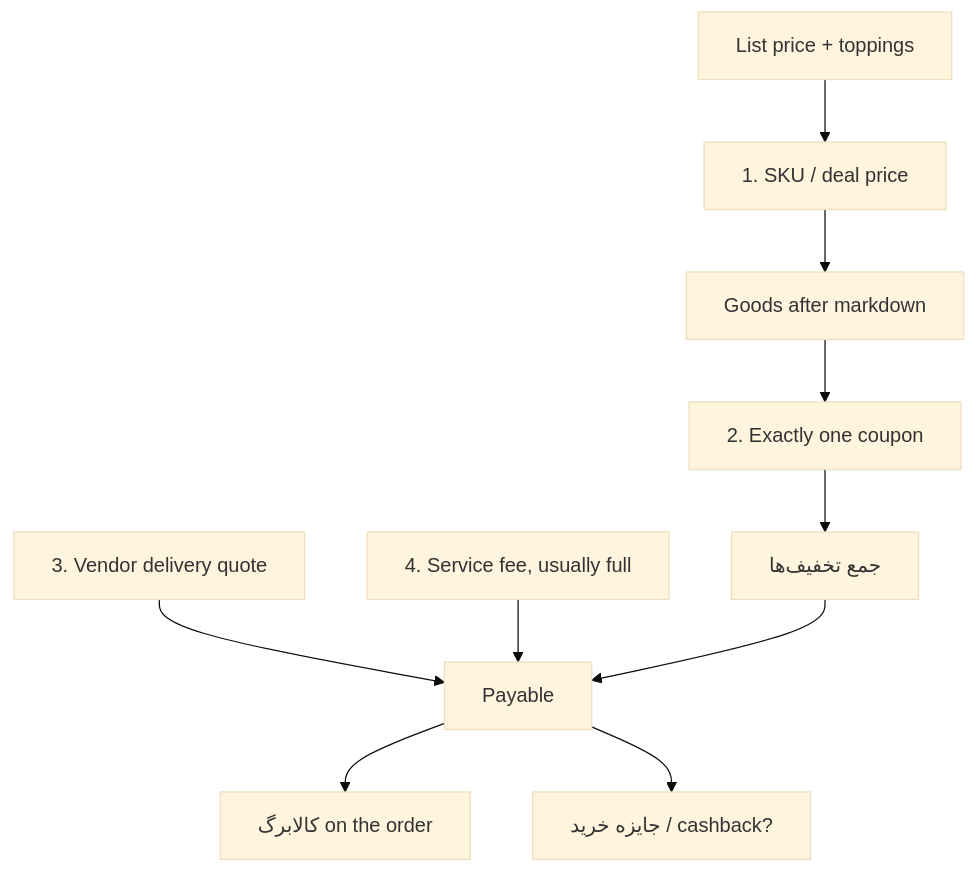
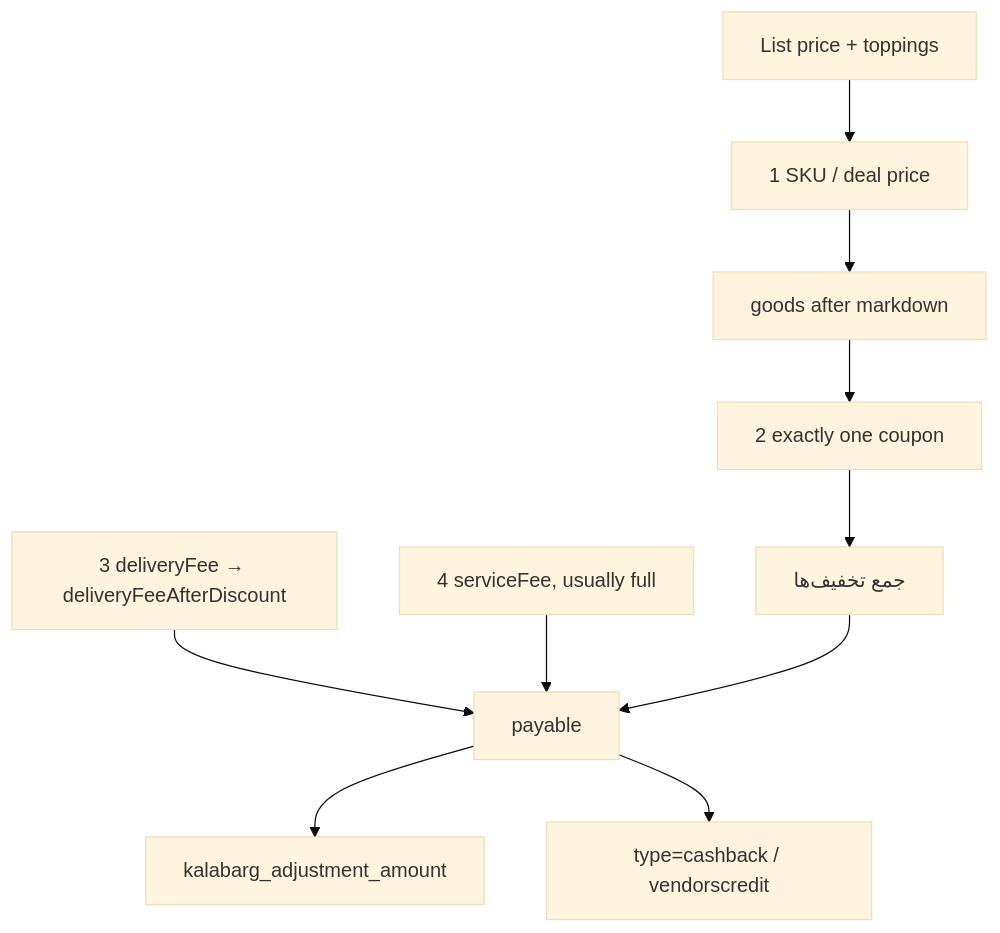
The sixth of 12 diagrams in README.md (erfnzdeh/snapp-hack), drawn with Mermaid (base theme) before and after one commit. The commit also changed other lines of this file, not shown here.

````diff
--- a/README.md
+++ b/README.md
@@ -193,12 +472,12 @@
 ```mermaid
 flowchart TB
-  LIST["List price + toppings"] --> SKU["1. SKU / deal price"]
-  SKU --> GOODS["Goods after markdown"]
-  GOODS --> C["2. Exactly one coupon"]
+  LIST["List price + toppings"] --> SKU["1 SKU / deal price"]
+  SKU --> GOODS["goods after markdown"]
+  GOODS --> C["2 exactly one coupon"]
   C --> BILL["جمع تخفیف‌ها"]
-  Q["3. Vendor delivery quote"] --> PAY
-  FEE["4. Service fee, usually full"] --> PAY
-  BILL --> PAY["Payable"]
-  PAY --> K["کالابرگ on the order"]
-  PAY --> CB["جایزه خرید / cashback?"]
+  Q["3 deliveryFee → deliveryFeeAfterDiscount"] --> PAY
+  FEE["4 serviceFee, usually full"] --> PAY
+  BILL --> PAY["payable"]
+  PAY --> K["kalabarg_adjustment_amount"]
+  PAY --> CB["type=cashback / vendorscredit"]
 ```
````
